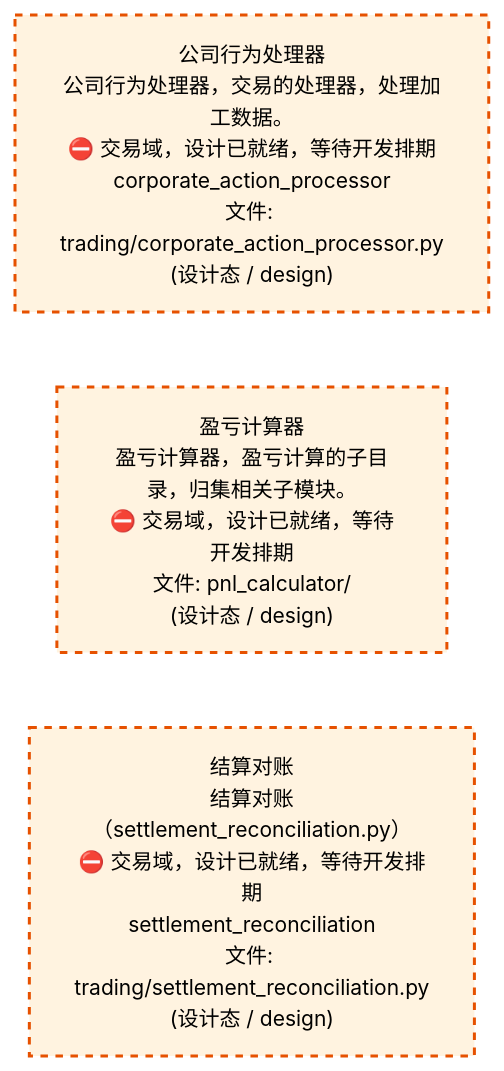
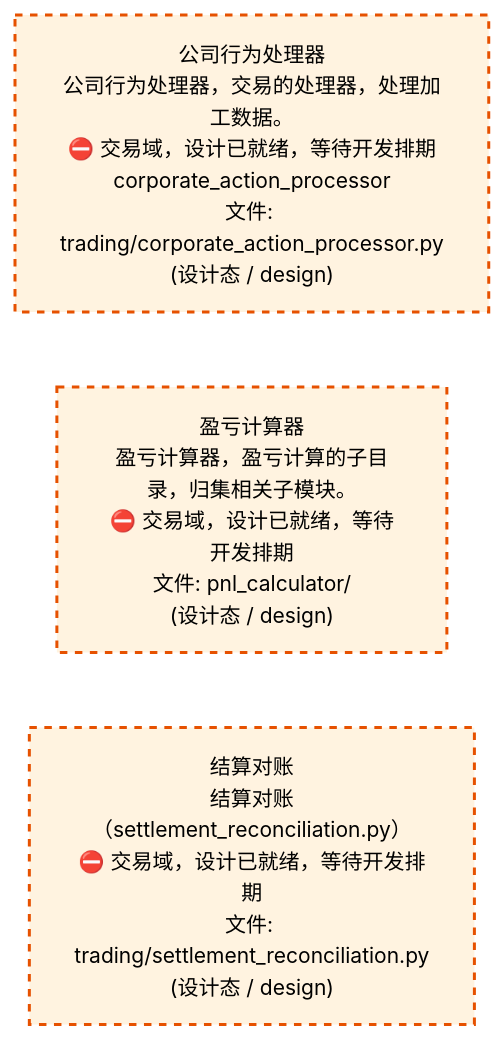
One commit to xuanFelixVan/ZephyrAlpha changed the third of 4 diagrams in docs/02_enterprise_architecture/02_domain_architecture_docs/72_d_trading.md. Above: the diagram before and after it, drawn with Mermaid. The commit also changed other lines of this file and 60 other files, not shown here.

````diff
--- a/docs/02_enterprise_architecture/02_domain_architecture_docs/72_d_trading.md
+++ b/docs/02_enterprise_architecture/02_domain_architecture_docs/72_d_trading.md
@@ -298,14 +298,14 @@
 ```mermaid
 %%{init: {'theme': 'base', 'themeVariables': {'primaryColor': '#eaeaea', 'primaryTextColor': '#333333', 'primaryBorderColor': '#666666', 'lineColor': '#666666', 'secondaryColor': '#eaeaea', 'tertiaryColor': '#eaeaea', 'fontSize': '14px'}}}%%
 flowchart TD
     src_zephyr_trading_corporate_action_processor_py["公司行为处理器<br/>公司行为处理器，交易的处理器，处理加工数据。<br/>⛔ 交易域，设计已就绪，等待开发排期<br/>corporate_action_processor<br/>文件: trading/corporate_action_processor.py<br/>(设计态 / design)"]
     src_zephyr_trading_pnl_calculator["盈亏计算器<br/>盈亏计算器，盈亏计算的子目录，归集相关子模块。<br/>⛔ 交易域，设计已就绪，等待开发排期<br/>文件: pnl_calculator/<br/>(设计态 / design)"]
-    src_zephyr_trading_settlement_reconciliation_py["结算对账<br/>结算对账（settlement_reconciliation.py）<br/>⛔ 交易域，设计已就绪，等待开发排期<br/>settlement_reconciliation<br/>文件: trading/settlement_reconciliation.py<br/>(设计态 / design)"]
+    src_zephyr_trading_settlement_reconciliation_py["结算对账<br/>结算对账（settlement_reconciliation.py）<br/>⛔ 交易域，设计已就绪，等待开发排期<br/>文件: trading/settlement_reconciliation.py<br/>(设计态 / design)"]
     src_zephyr_trading_corporate_action_processor_py ~~~ src_zephyr_trading_pnl_calculator
     src_zephyr_trading_pnl_calculator ~~~ src_zephyr_trading_settlement_reconciliation_py
     classDef production fill:#e1f5fe,stroke:#01579b,stroke-width:2px,color:#000
     classDef design fill:#fff3e0,stroke:#e65100,stroke-width:2px,color:#000,stroke-dasharray: 5 5
     classDef external_prod fill:#e8f4fd,stroke:#0277bd,stroke-width:1px,color:#000
     classDef external_design fill:#fff8e7,stroke:#ef6c00,stroke-width:1px,color:#000,stroke-dasharray: 5 5
     class src_zephyr_trading_corporate_action_processor_py,src_zephyr_trading_pnl_calculator,src_zephyr_trading_settlement_reconciliation_py design
 ```
````
